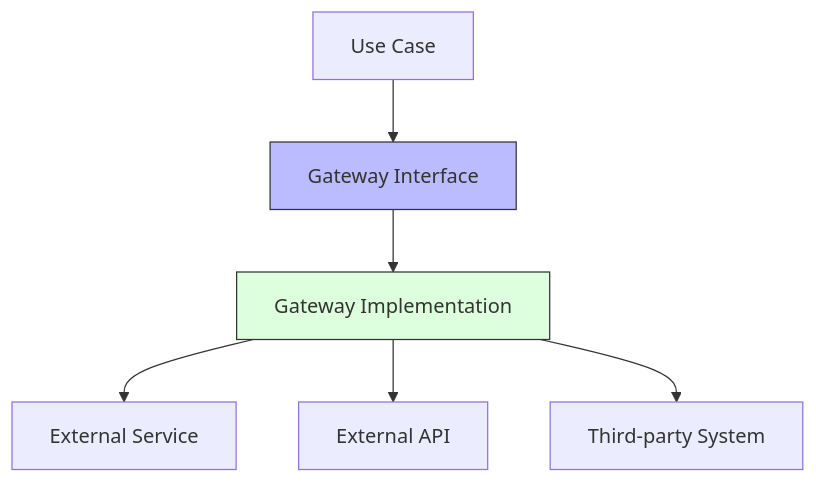
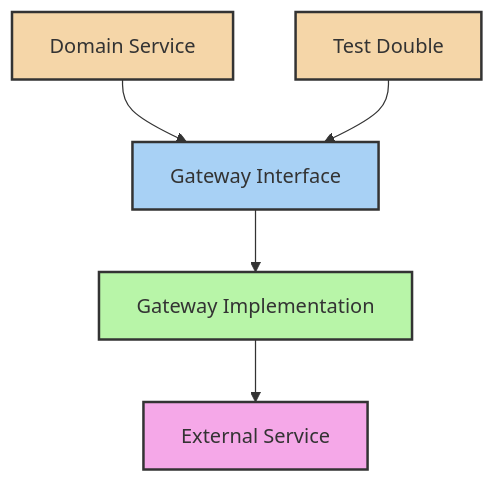
The diagram in docs/fundamentals/software-architecture/clean-architecture/patterns/gateway-pattern.md (gonzaloan/crack-your-interview), drawn with Mermaid before and after one commit. The commit also changed other lines of this file and 43 other files, not shown here.

````diff
--- a/docs/fundamentals/software-architecture/clean-architecture/patterns/gateway-pattern.md
+++ b/docs/fundamentals/software-architecture/clean-architecture/patterns/gateway-pattern.md
@@ -22,10 +31,14 @@
 ```mermaid
 graph TD
-    A[Use Case] --> B[Gateway Interface]
+    A[Domain Service] --> B[Gateway Interface]
     B --> C[Gateway Implementation]
     C --> D[External Service]
-    C --> E[External API]
-    C --> F[Third-party System]
-    style B fill:#bbf,stroke:#333
-    style C fill:#dfd,stroke:#333
+    
+    E[Test Double] --> B
+    
+    style A fill:#f5d6a8,stroke:#333,stroke-width:2px
+    style B fill:#a8d1f5,stroke:#333,stroke-width:2px
+    style C fill:#b8f5a8,stroke:#333,stroke-width:2px
+    style D fill:#f5a8e8,stroke:#333,stroke-width:2px
+    style E fill:#f5d6a8,stroke:#333,stroke-width:2px
 ```
````
